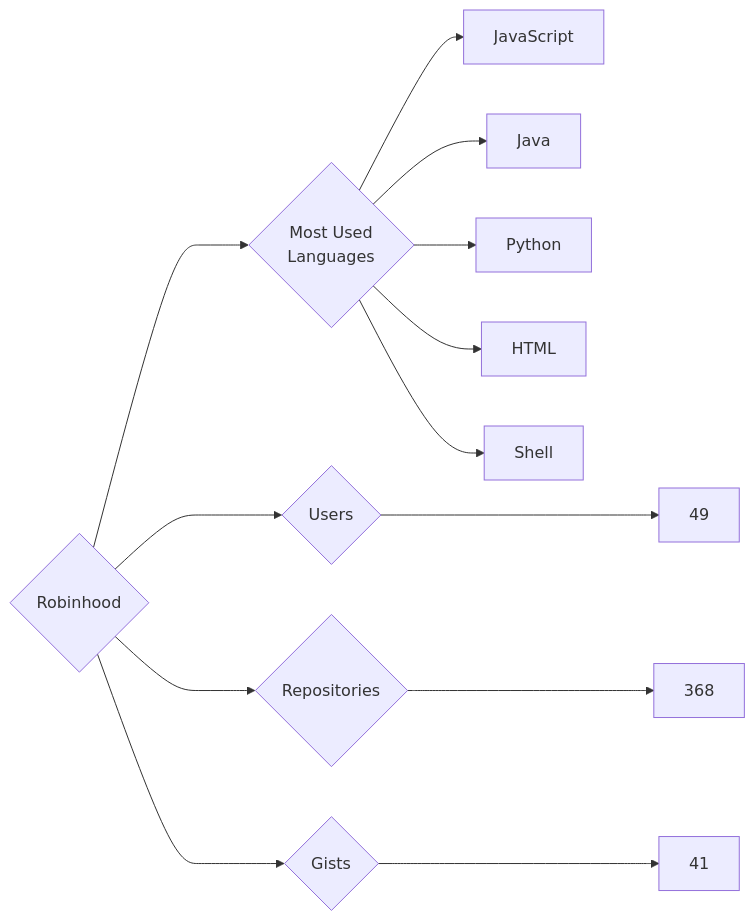
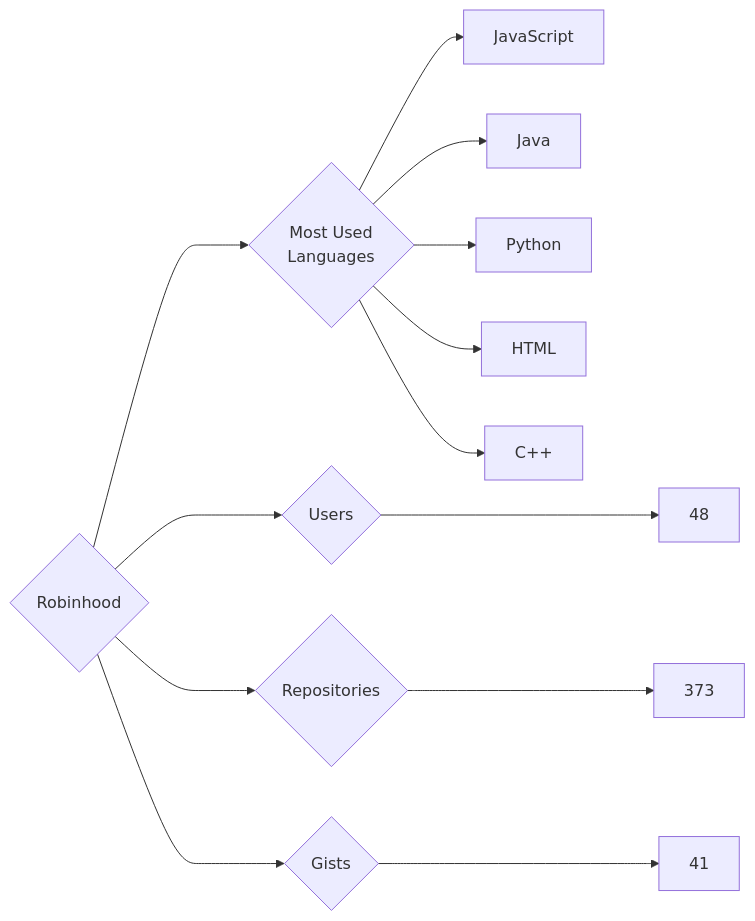
Before and after one commit to trickest/insiders: the diagram in targets/Robinhood/README.md, drawn with Mermaid. The commit also changed 895 other files, not shown here.

````diff
--- a/targets/Robinhood/README.md
+++ b/targets/Robinhood/README.md
@@ -3,13 +3,13 @@
 ```mermaid
 graph LR
 COMPANY_NAME{Robinhood}
-COMPANY_NAME ---> U{Users} ---> UN[49]
-COMPANY_NAME ---> R{Repositories} ---> RN[368]
+COMPANY_NAME ---> U{Users} ---> UN[48]
+COMPANY_NAME ---> R{Repositories} ---> RN[373]
 COMPANY_NAME ---> G{Gists} ---> GN[41]
 COMPANY_NAME ---> ML{Most Used<br>Languages}
 ML --> JavaScript[JavaScript]
 ML --> Java[Java]
 ML --> Python[Python]
 ML --> HTML[HTML]
-ML --> Shell[Shell]
+ML --> C++[C++]
 ```
````
